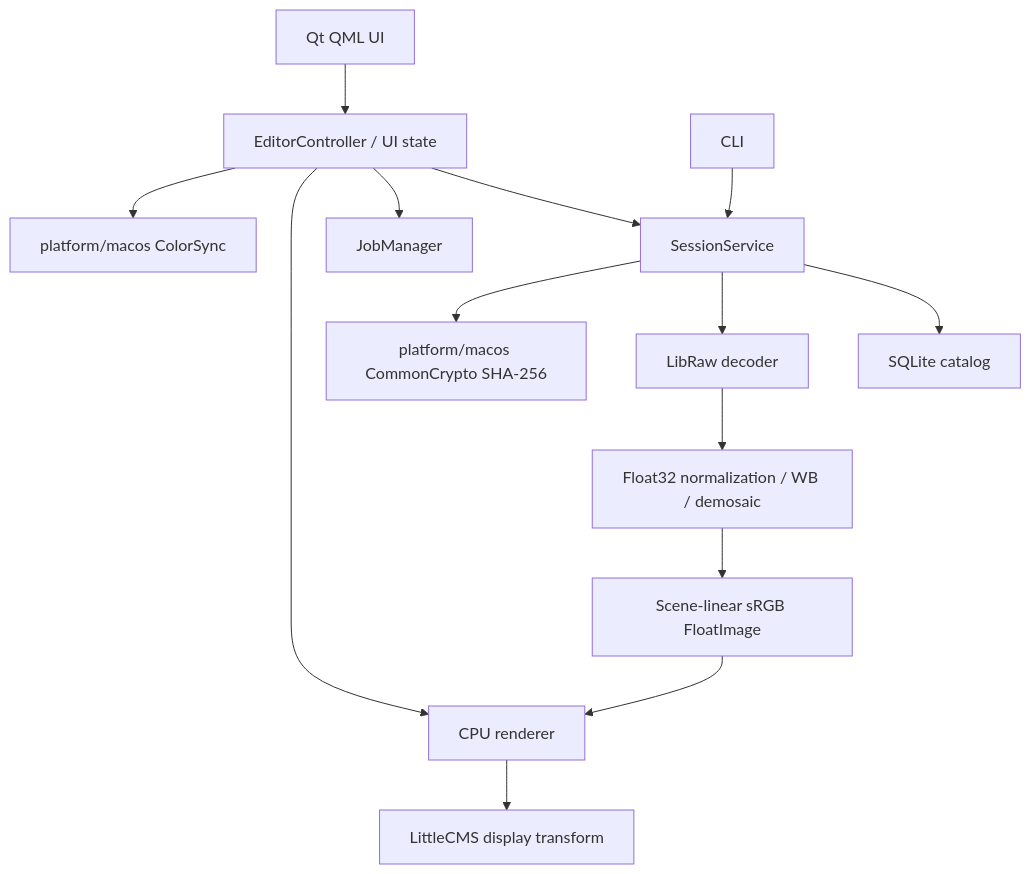
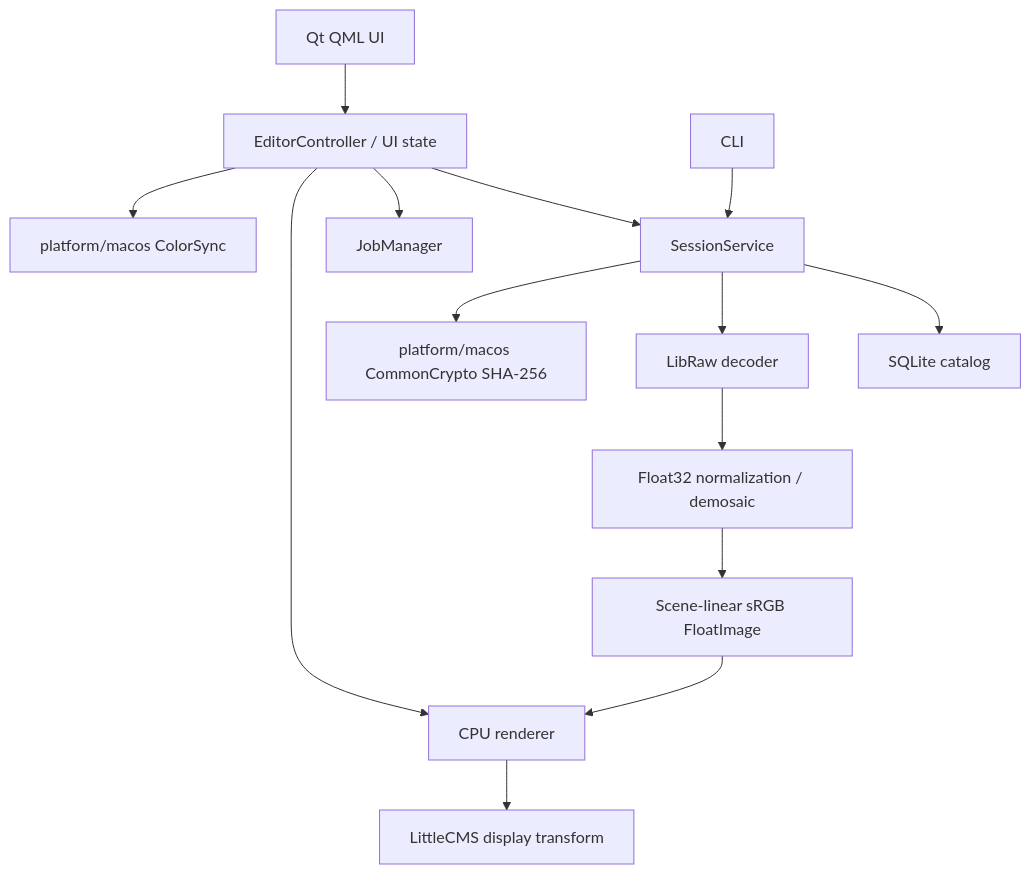
The diagram in ARCHITECTURE.md (yakut-sekonts/Apertone), drawn with Mermaid before and after one commit. The commit also changed other lines of this file and 7 other files, not shown here.

````diff
--- a/ARCHITECTURE.md
+++ b/ARCHITECTURE.md
@@ -5,16 +5,16 @@
 ```mermaid
 flowchart TD
     QML[Qt QML UI] --> Controller[EditorController / UI state]
     CLI[CLI] --> Services[SessionService]
     Controller --> Services
     Controller --> Jobs[JobManager]
     Controller --> Render[CPU renderer]
     Services --> Catalog[SQLite catalog]
     Services --> RAW[LibRaw decoder]
-    RAW --> Bayer[Float32 normalization / WB / demosaic]
+    RAW --> Bayer[Float32 normalization / demosaic]
     Bayer --> Image[Scene-linear sRGB FloatImage]
     Image --> Render
     Render --> ICC[LittleCMS display transform]
     Controller --> Platform[platform/macos ColorSync]
     Services --> Hash[platform/macos CommonCrypto SHA-256]
 ```
````
